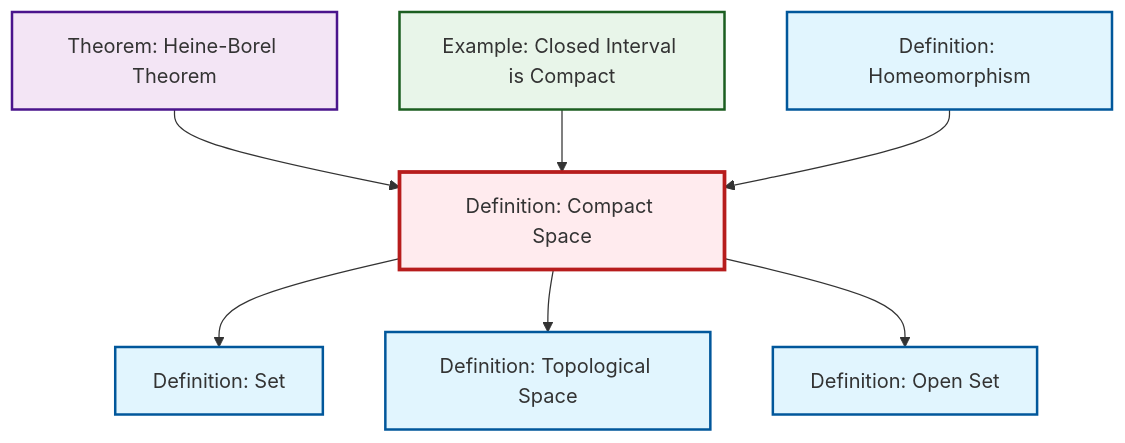
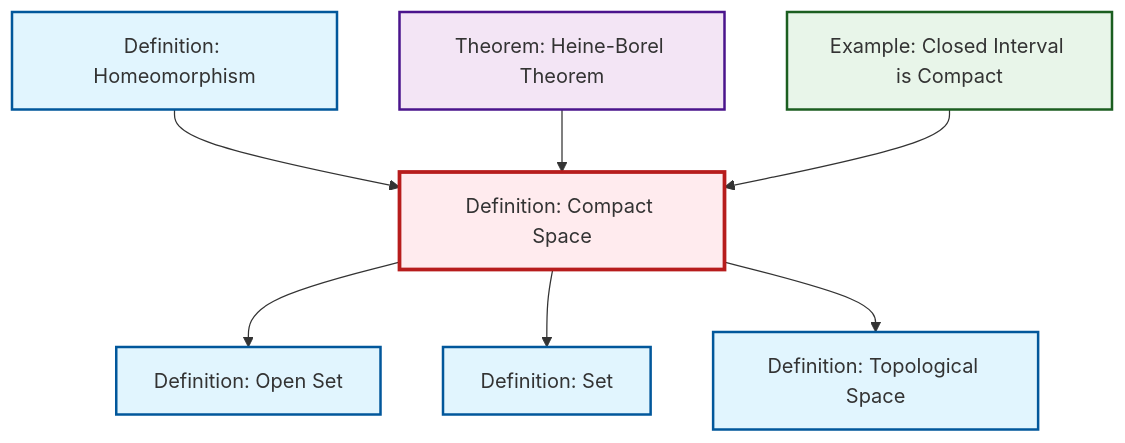
The diagram in content/en/topology/def-compact.qmd (RK0429/ModernMath), drawn with Mermaid before and after one commit. The commit also changed other lines of this file and 531 other files, not shown here.

````diff
--- a/content/en/topology/def-compact.qmd
+++ b/content/en/topology/def-compact.qmd
@@ -48,29 +48,29 @@
 ```{mermaid}
 %%| fig-cap: "Local dependency graph"
 graph TD
     classDef definition fill:#e1f5fe,stroke:#01579b,stroke-width:2px
     classDef theorem fill:#f3e5f5,stroke:#4a148c,stroke-width:2px
     classDef axiom fill:#fff3e0,stroke:#e65100,stroke-width:2px
     classDef example fill:#e8f5e9,stroke:#1b5e20,stroke-width:2px
     classDef current fill:#ffebee,stroke:#b71c1c,stroke-width:3px
+    def-set["Definition: Set"]:::definition
+    def-homeomorphism["Definition: Homeomorphism"]:::definition
     def-compact["Definition: Compact Space"]:::definition
-    def-set["Definition: Set"]:::definition
+    def-topological-space["Definition: Topological Space"]:::definition
     ex-closed-interval-compact["Example: Closed Interval is Compact"]:::example
-    def-homeomorphism["Definition: Homeomorphism"]:::definition
-    def-topological-space["Definition: Topological Space"]:::definition
+    def-open-set["Definition: Open Set"]:::definition
     thm-heine-borel["Theorem: Heine-Borel Theorem"]:::theorem
-    def-open-set["Definition: Open Set"]:::definition
+    def-compact --> def-open-set
+    def-homeomorphism --> def-compact
     thm-heine-borel --> def-compact
     def-compact --> def-set
     ex-closed-interval-compact --> def-compact
     def-compact --> def-topological-space
-    def-compact --> def-open-set
-    def-homeomorphism --> def-compact
     class def-compact current
     click def-set "def-set.html" "Go to Set definition"
-    click ex-closed-interval-compact "ex-closed-interval-compact.html" "Go to Closed Interval is Compact example"
     click def-homeomorphism "def-homeomorphism.html" "Go to Homeomorphism definition"
     click def-topological-space "def-topological-space.html" "Go to Topological Space definition"
+    click ex-closed-interval-compact "ex-closed-interval-compact.html" "Go to Closed Interval is Compact example"
+    click def-open-set "def-open-set.html" "Go to Open Set definition"
     click thm-heine-borel "thm-heine-borel.html" "Go to Heine-Borel Theorem theorem"
-    click def-open-set "def-open-set.html" "Go to Open Set definition"
 ```
````
